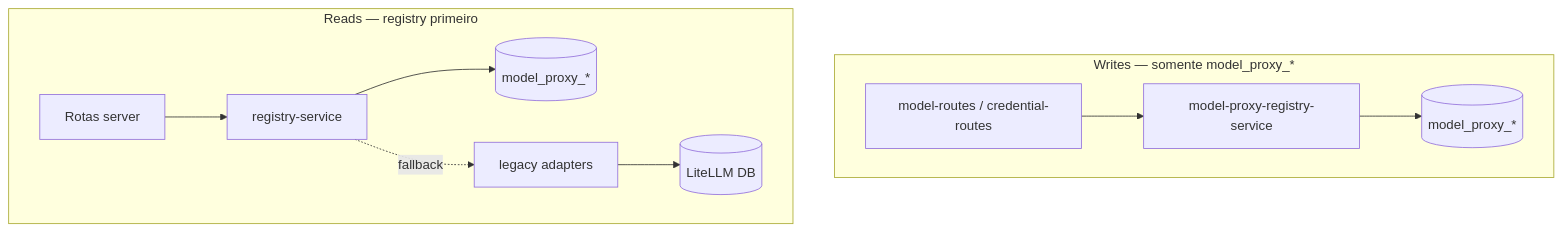
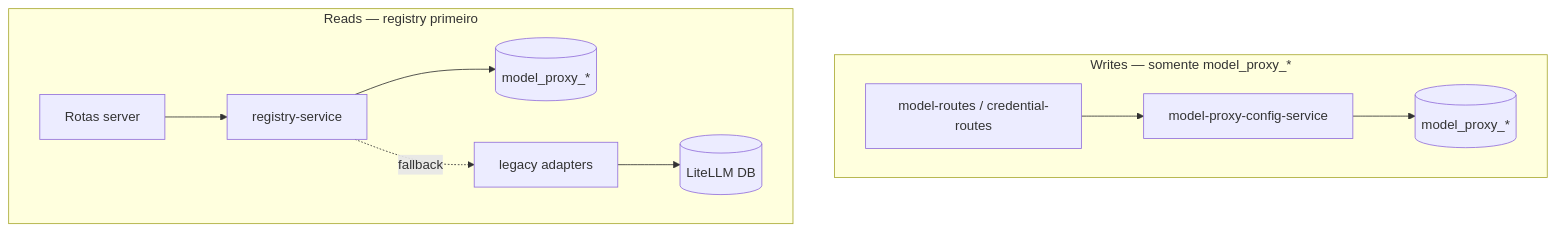
One commit to gugacarbo/litellm-analysis changed the diagram in docs/batch-3-decisions.md. Above: the diagram before and after it, drawn with Mermaid. The commit also changed 17 other files, not shown here.

````diff
--- a/docs/batch-3-decisions.md
+++ b/docs/batch-3-decisions.md
@@ -192,21 +192,21 @@
 ```mermaid
 flowchart TB
   subgraph writes [Writes — somente model_proxy_*]
     Routes[model-routes / credential-routes]
-    Registry[model-proxy-registry-service]
+    Registry[model-proxy-config-service]
     ProxyDB[(model_proxy_*)]
     Routes --> Registry --> ProxyDB
   end
 
   subgraph reads [Reads — registry primeiro]
     Routes2[Rotas server]
     Registry2[registry-service]
     Adapters[legacy adapters]
     LiteLLM[(LiteLLM DB)]
     ProxyDB2[(model_proxy_*)]
     Routes2 --> Registry2
     Registry2 --> ProxyDB2
     Registry2 -.->|fallback| Adapters
     Adapters --> LiteLLM
   end
 ```
````
